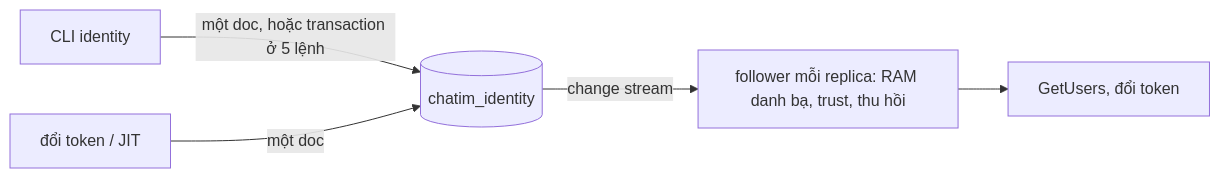
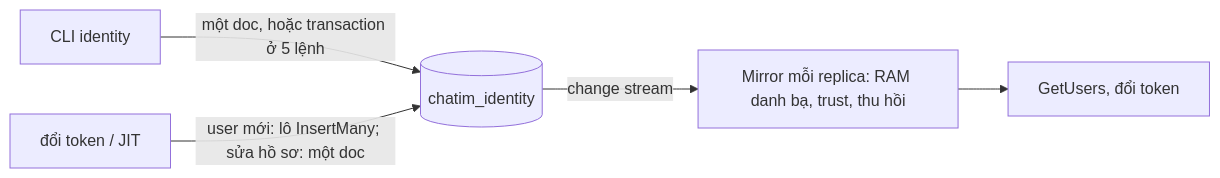
One commit to ivannguyendev/chatim changed the first of 2 diagrams in docs/plans/2026-11-02-m6-pm-identity-mongodb-summary.md. Above: the diagram before and after it, drawn with Mermaid. The commit also changed other lines of this file and 13 other files, not shown here.

````diff
--- a/docs/plans/2026-11-02-m6-pm-identity-mongodb-summary.md
+++ b/docs/plans/2026-11-02-m6-pm-identity-mongodb-summary.md
@@ -41,7 +43,7 @@
 ```mermaid
 flowchart LR
   CLI[CLI identity] -->|một doc, hoặc transaction ở 5 lệnh| DB[(chatim_identity)]
-  EX[đổi token / JIT] -->|một doc| DB
-  DB -->|change stream| F[follower mỗi replica: RAM danh bạ, trust, thu hồi]
+  EX[đổi token / JIT] -->|user mới: lô InsertMany; sửa hồ sơ: một doc| DB
+  DB -->|change stream| F[Mirror mỗi replica: RAM danh bạ, trust, thu hồi]
   F --> GU[GetUsers, đổi token]
 ```
````
